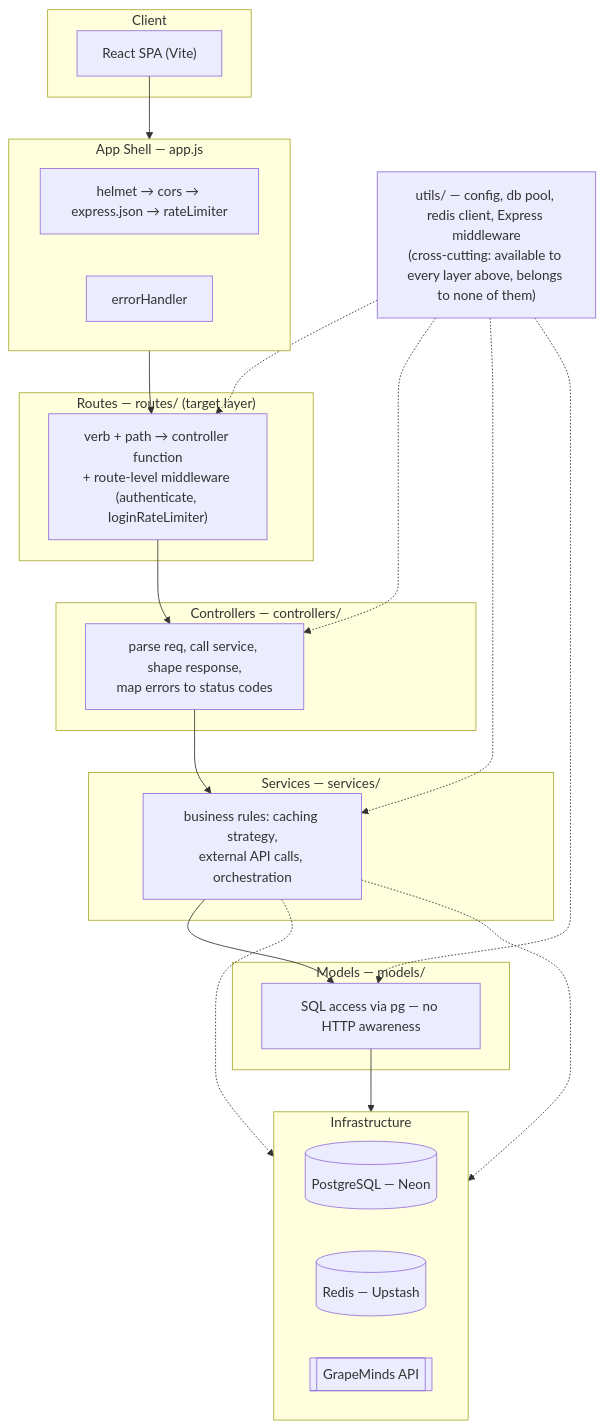
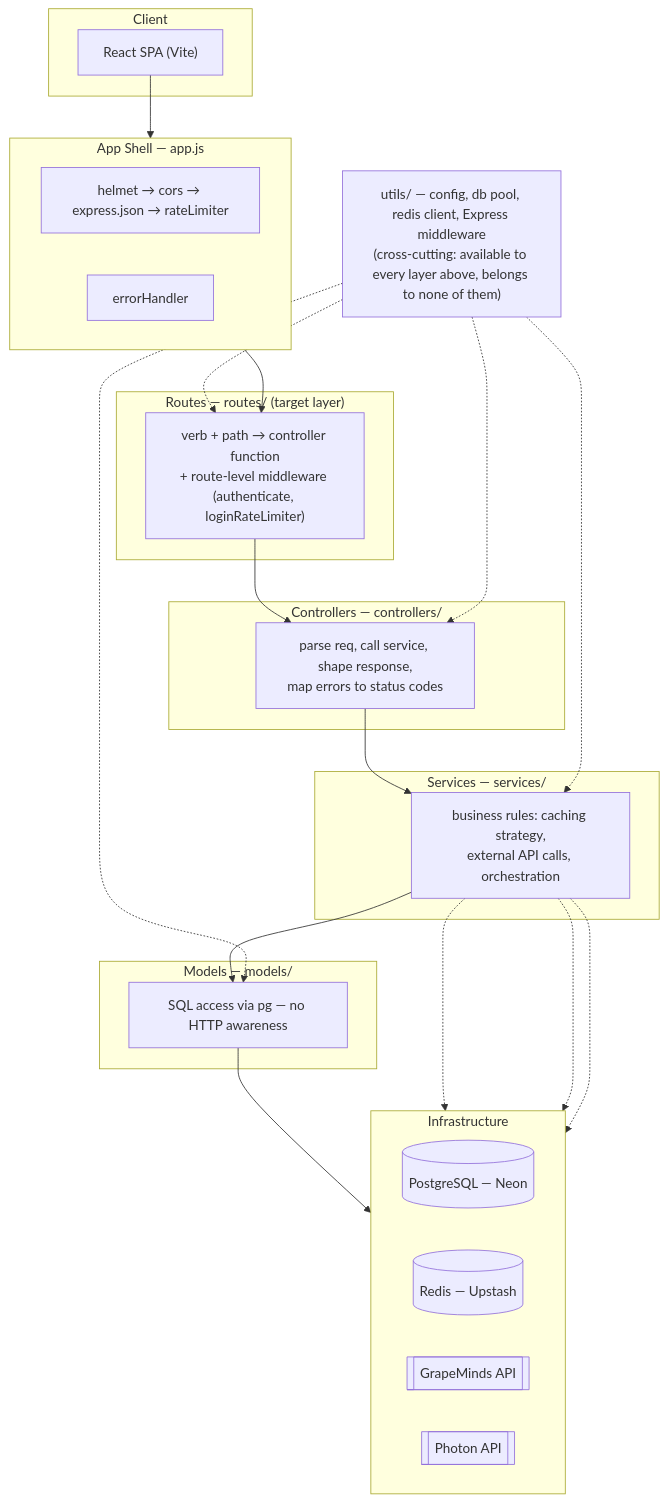
Before and after one commit to vsvala/KnowWine-AI: the third of 9 diagrams in back/README.md, drawn with Mermaid. The commit also changed other lines of this file and 3 other files, not shown here.

````diff
--- a/back/README.md
+++ b/back/README.md
@@ -162,45 +174,47 @@
 ```mermaid
 flowchart TB
     subgraph L7["Client"]
         FE["React SPA (Vite)"]
     end
 
     subgraph L6["App Shell — app.js"]
         direction LR
         MW["helmet → cors → express.json → rateLimiter"]
         ErrH["errorHandler"]
     end
 
     subgraph L5["Routes — routes/ (target layer)"]
         Routes["verb + path → controller function\n+ route-level middleware (authenticate, loginRateLimiter)"]
     end
 
     subgraph L4["Controllers — controllers/"]
         Ctrl["parse req, call service, shape response,\nmap errors to status codes"]
     end
 
     subgraph L3["Services — services/"]
         Svc["business rules: caching strategy,\nexternal API calls, orchestration"]
     end
 
     subgraph L2["Models — models/"]
         Mdl["SQL access via pg — no HTTP awareness"]
     end
 
     subgraph L1["Infrastructure"]
         direction LR
         PG[("PostgreSQL — Neon")]
         RD[("Redis — Upstash")]
         GM[["GrapeMinds API"]]
+        Photon[["Photon API"]]
     end
 
     FE --> MW --> Routes --> Ctrl --> Svc --> Mdl --> PG
     Svc -.-> RD
     Svc -.-> GM
+    Svc -.-> Photon
 
     Utils["utils/ — config, db pool, redis client, Express middleware\n(cross-cutting: available to every layer above, belongs to none of them)"]
     Utils -.-> Routes
     Utils -.-> Ctrl
     Utils -.-> Svc
     Utils -.-> Mdl
 ```
````
